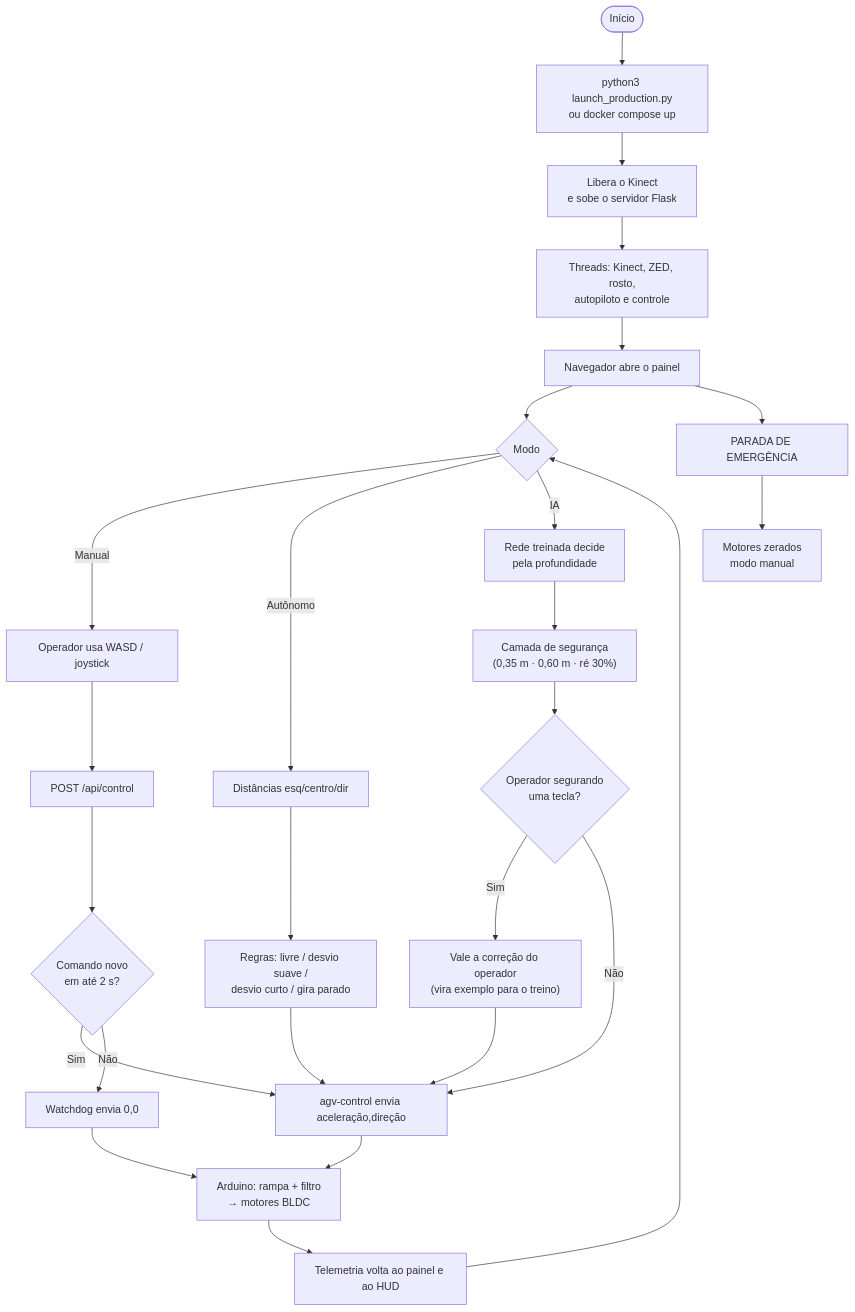
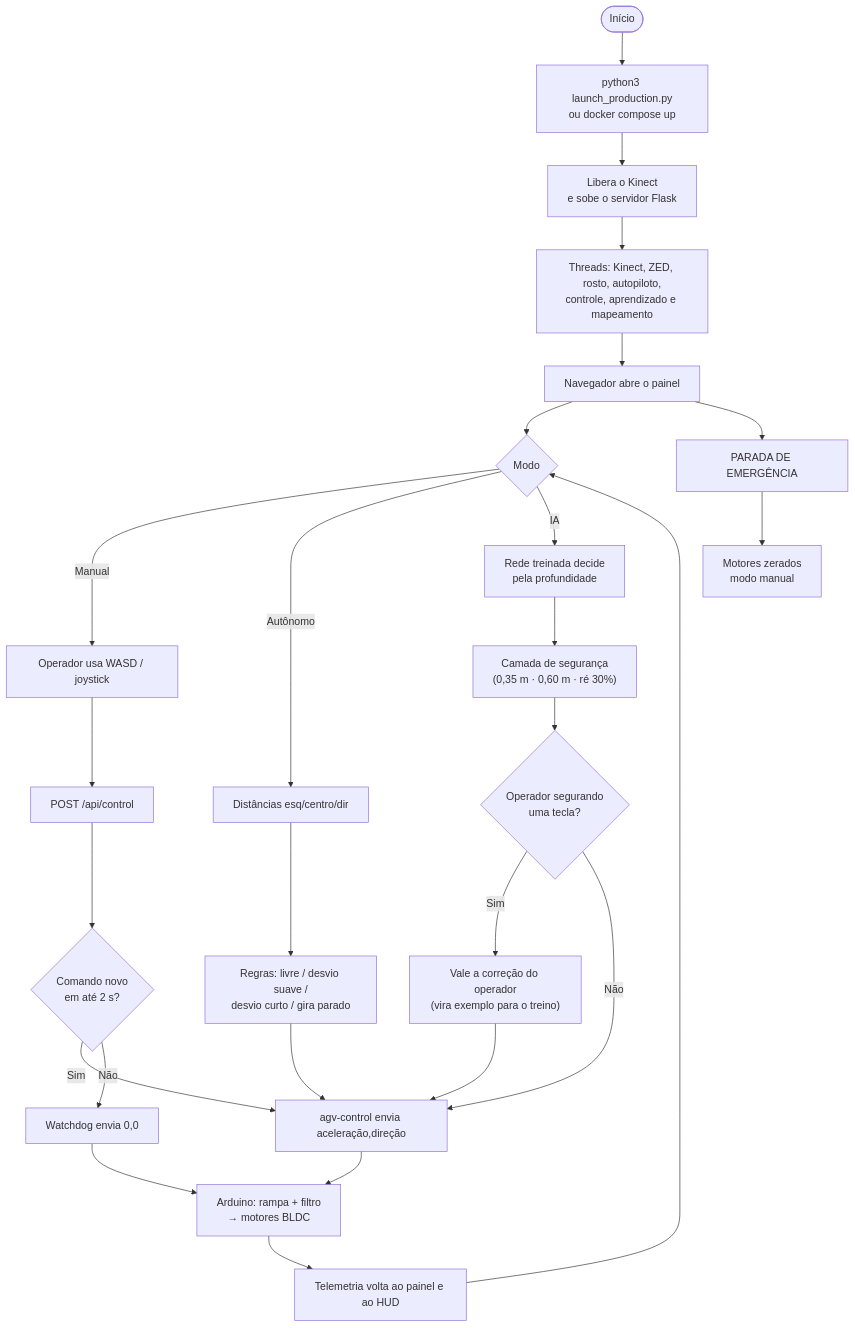
One commit to Kauan-V-Marques/AGV changed the eighth of 22 diagrams in README.md. Above: the diagram before and after it, drawn with Mermaid. The commit also changed other lines of this file and 1 other file, not shown here.

First line of the commit message:
docs: revisa o README para a entrega e acrescenta 14 diagramas

````diff
--- a/README.md
+++ b/README.md
@@ -831,27 +960,27 @@
 ```mermaid
 flowchart TD
     A([Início]) --> B["python3 launch_production.py<br/>ou docker compose up"]
     B --> C["Libera o Kinect<br/>e sobe o servidor Flask"]
-    C --> D["Threads: Kinect, ZED, rosto,<br/>autopiloto e controle"]
+    C --> D["Threads: Kinect, ZED, rosto, autopiloto,<br/>controle, aprendizado e mapeamento"]
     D --> E["Navegador abre o painel"]
     E --> F{Modo}
     F -- Manual --> G["Operador usa WASD / joystick"]
     G --> H["POST /api/control"]
     H --> I{"Comando novo<br/>em até 2 s?"}
     I -- Sim --> J["agv-control envia aceleração,direção"]
     I -- Não --> K["Watchdog envia 0,0"]
     F -- Autônomo --> L["Distâncias esq/centro/dir"]
     L --> M["Regras: livre / desvio suave /<br/>desvio curto / gira parado"]
     M --> J
     F -- IA --> R["Rede treinada decide<br/>pela profundidade"]
     R --> S["Camada de segurança<br/>(0,35 m · 0,60 m · ré 30%)"]
     S --> T{"Operador segurando<br/>uma tecla?"}
     T -- Sim --> U["Vale a correção do operador<br/>(vira exemplo para o treino)"]
     T -- Não --> J
     U --> J
     J --> N["Arduino: rampa + filtro<br/>→ motores BLDC"]
     K --> N
     N --> O["Telemetria volta ao painel e ao HUD"]
     O --> F
     E --> P["PARADA DE EMERGÊNCIA"] --> Q["Motores zerados<br/>modo manual"]
 ```
````
